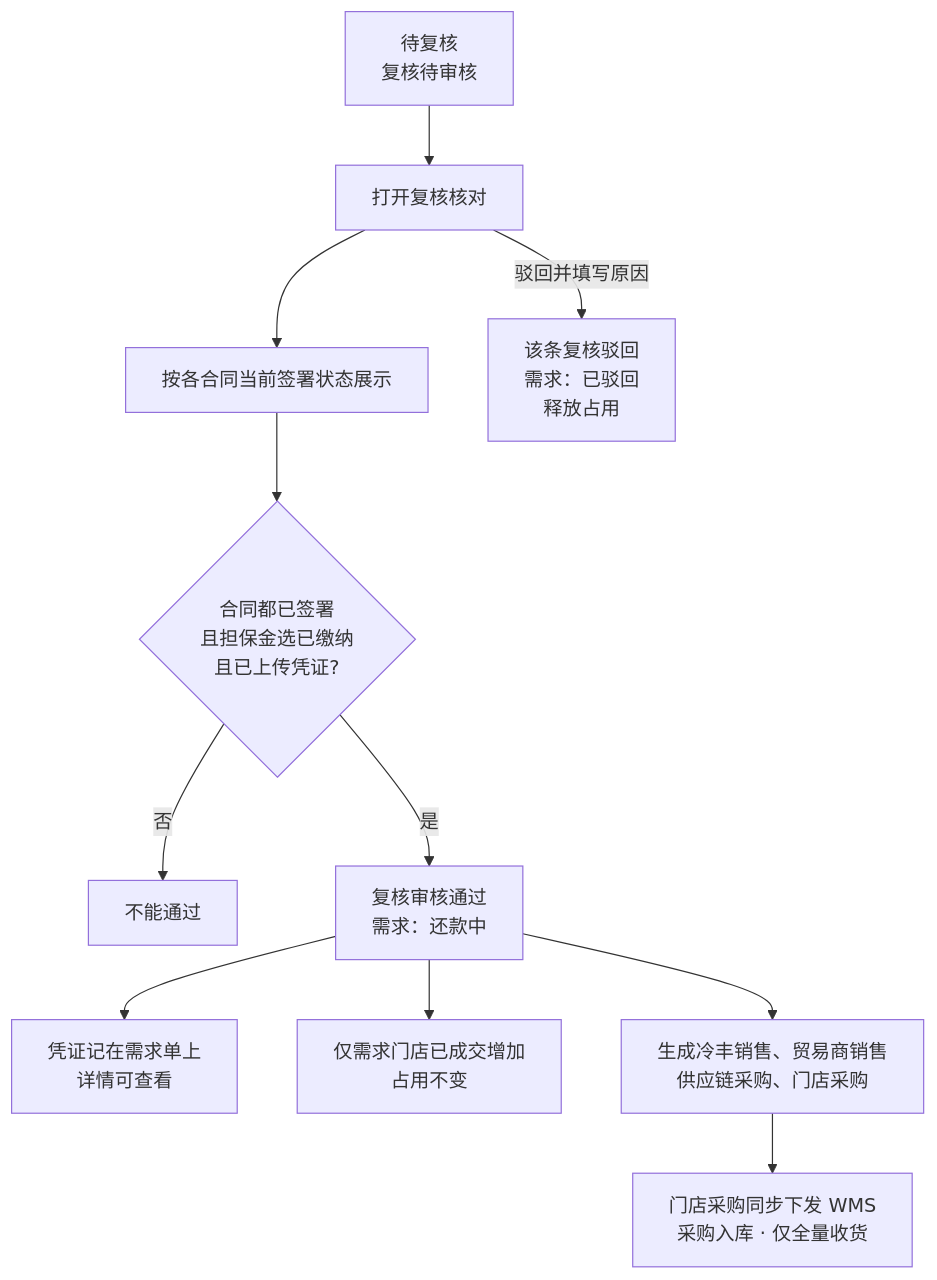
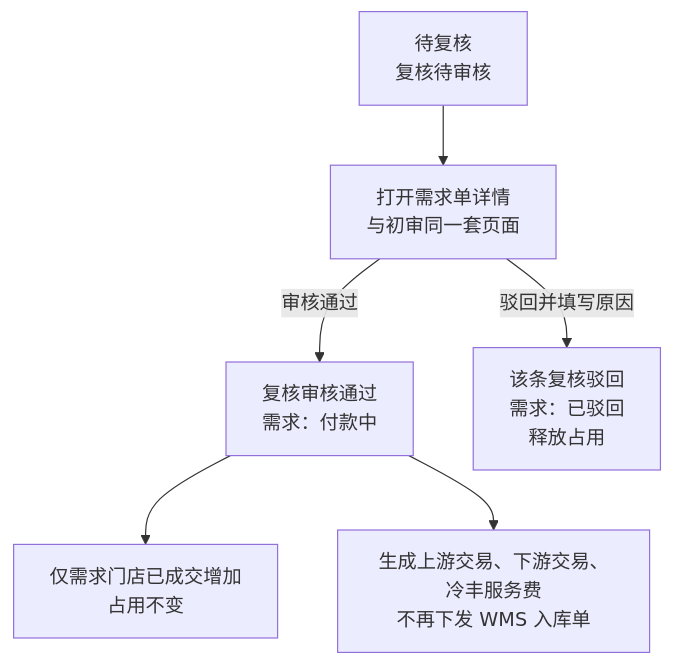
Before and after one commit to 342-droid/LFerp: the seventh of 7 diagrams in RBT/docs/1-整体业务流程图.md, drawn with Mermaid. The commit also changed other lines of this file and 51 other files, not shown here.

````diff
--- a/RBT/docs/1-整体业务流程图.md
+++ b/RBT/docs/1-整体业务流程图.md
@@ -181,13 +181,8 @@
 ```mermaid
 flowchart TB
-  V0[待复核<br/>复核待审核] --> V1[打开复核核对]
-  V1 --> V2[按各合同当前签署状态展示]
-  V2 --> V3{合同都已签署<br/>且担保金选已缴纳<br/>且已上传凭证?}
-  V3 -->|否| V4[不能通过]
-  V3 -->|是| V5[复核审核通过<br/>需求：还款中]
-  V5 --> V6[凭证记在需求单上<br/>详情可查看]
+  V0[待复核<br/>复核待审核] --> V1[打开需求单详情<br/>与初审同一套页面]
+  V1 -->|审核通过| V5[复核审核通过<br/>需求：付款中]
   V5 --> V7[仅需求门店已成交增加<br/>占用不变]
-  V5 --> V9[生成冷丰销售、贸易商销售<br/>供应链采购、门店采购]
-  V9 --> V10[门店采购同步下发 WMS<br/>采购入库 · 仅全量收货]
+  V5 --> V9[生成上游交易、下游交易、冷丰服务费<br/>不再下发 WMS 入库单]
   V1 -->|驳回并填写原因| V8[该条复核驳回<br/>需求：已驳回<br/>释放占用]
 ```
````
